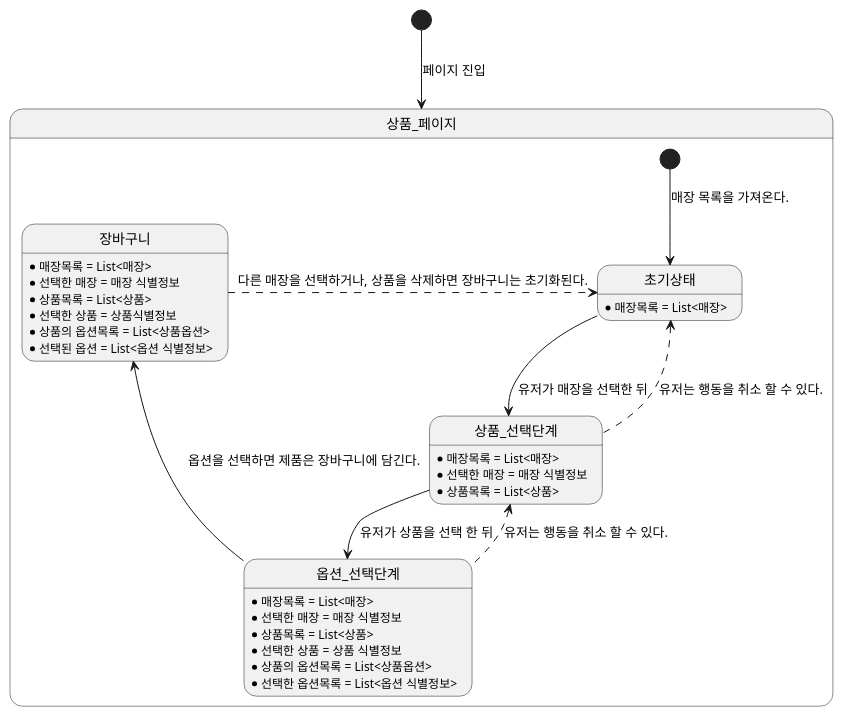
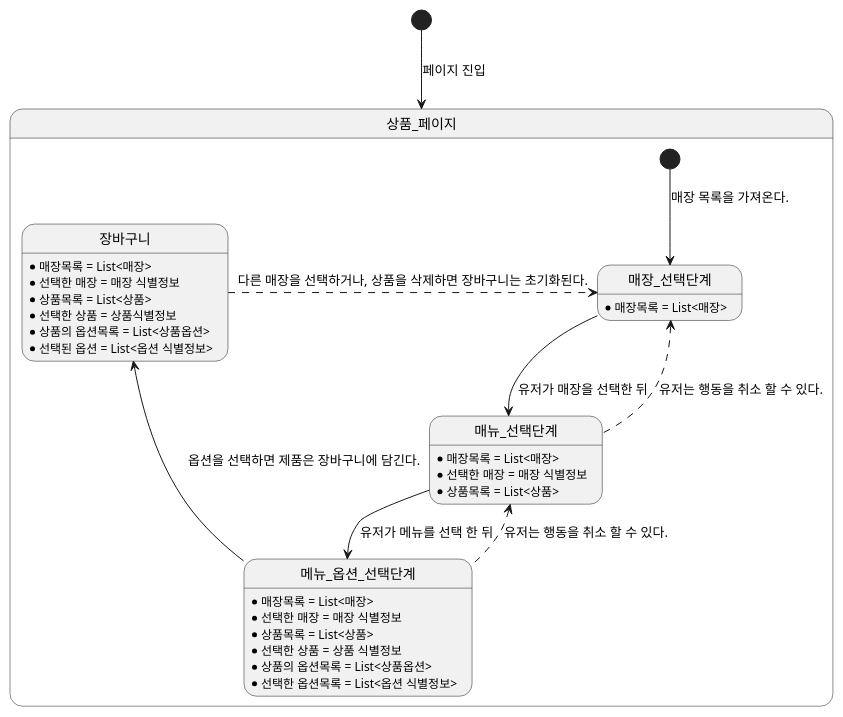
Before and after one commit to flutter-korea/StartingTDD_on_FE: the diagram in FinatieStateDiagram.puml, drawn with PlantUML. The commit also changed 8 other files, not shown here.

```diff
--- a/FinatieStateDiagram.puml
+++ b/FinatieStateDiagram.puml
@@ -1,34 +1,34 @@
 @startuml
 [*] --> 상품_페이지 : 페이지 진입
 state 상품_페이지 {
-  [*] --> 초기상태 : 매장 목록을 가져온다.
-  초기상태 --> 상품_선택단계 : 유저가 매장을 선택한 뒤
+  [*] --> 매장_선택단계 : 매장 목록을 가져온다.
+  매장_선택단계 --> 매뉴_선택단계 : 유저가 매장을 선택한 뒤
 
-  상품_선택단계 -up[dashed]-> 초기상태 : 유저는 행동을 취소 할 수 있다.
-  상품_선택단계 --> 옵션_선택단계 : 유저가 상품을 선택 한 뒤
+  매뉴_선택단계 -up[dashed]-> 매장_선택단계 : 유저는 행동을 취소 할 수 있다.
+  매뉴_선택단계 --> 메뉴_옵션_선택단계 : 유저가 메뉴를 선택 한 뒤
 
-  옵션_선택단계 -up[dashed]-> 상품_선택단계 : 유저는 행동을 취소 할 수 있다.
-  옵션_선택단계 -up-> 장바구니 : 옵션을 선택하면 제품은 장바구니에 담긴다.
-  장바구니 -right[dashed]-> 초기상태 : 다른 매장을 선택하거나, 상품을 삭제하면 장바구니는 초기화된다.
+  메뉴_옵션_선택단계 -up[dashed]-> 매뉴_선택단계 : 유저는 행동을 취소 할 수 있다.
+  메뉴_옵션_선택단계 -up-> 장바구니 : 옵션을 선택하면 제품은 장바구니에 담긴다.
+  장바구니 -right[dashed]-> 매장_선택단계 : 다른 매장을 선택하거나, 상품을 삭제하면 장바구니는 초기화된다.
 }
 
-초기상태 : * 매장목록 = List<매장>
+매장_선택단계 : * 매장목록 = List<매장>
 
-상품_선택단계 : * 매장목록 = List<매장>
-상품_선택단계 : * 선택한 매장 = 매장 식별정보
-상품_선택단계 : * 상품목록 = List<상품>
+매뉴_선택단계 : * 매장목록 = List<매장>
+매뉴_선택단계 : * 선택한 매장 = 매장 식별정보
+매뉴_선택단계 : * 상품목록 = List<상품>
 
-옵션_선택단계 : * 매장목록 = List<매장>
-옵션_선택단계 : * 선택한 매장 = 매장 식별정보
-옵션_선택단계 : * 상품목록 = List<상품>
-옵션_선택단계 : * 선택한 상품 = 상품 식별정보
-옵션_선택단계 : * 상품의 옵션목록 = List<상품옵션>
-옵션_선택단계 : * 선택한 옵션목록 = List<옵션 식별정보>
+메뉴_옵션_선택단계 : * 매장목록 = List<매장>
+메뉴_옵션_선택단계 : * 선택한 매장 = 매장 식별정보
+메뉴_옵션_선택단계 : * 상품목록 = List<상품>
+메뉴_옵션_선택단계 : * 선택한 상품 = 상품 식별정보
+메뉴_옵션_선택단계 : * 상품의 옵션목록 = List<상품옵션>
+메뉴_옵션_선택단계 : * 선택한 옵션목록 = List<옵션 식별정보>
 
 장바구니 : * 매장목록 = List<매장>
 장바구니 : * 선택한 매장 = 매장 식별정보
 장바구니 : * 상품목록 = List<상품>
 장바구니 : * 선택한 상품 = 상품식별정보
 장바구니 : * 상품의 옵션목록 = List<상품옵션>
 장바구니 : * 선택된 옵션 = List<옵션 식별정보>
 @enduml
```
